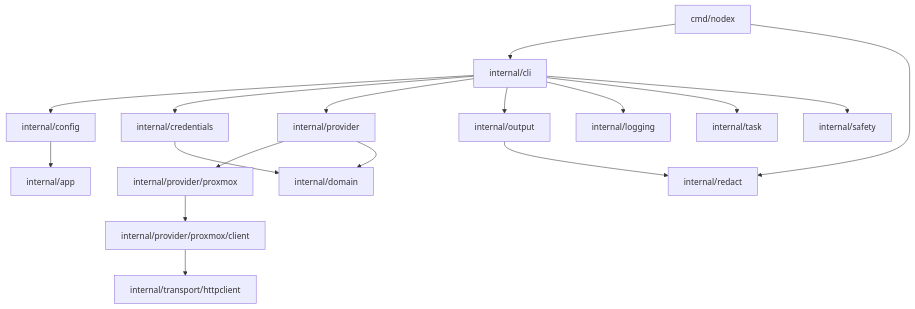
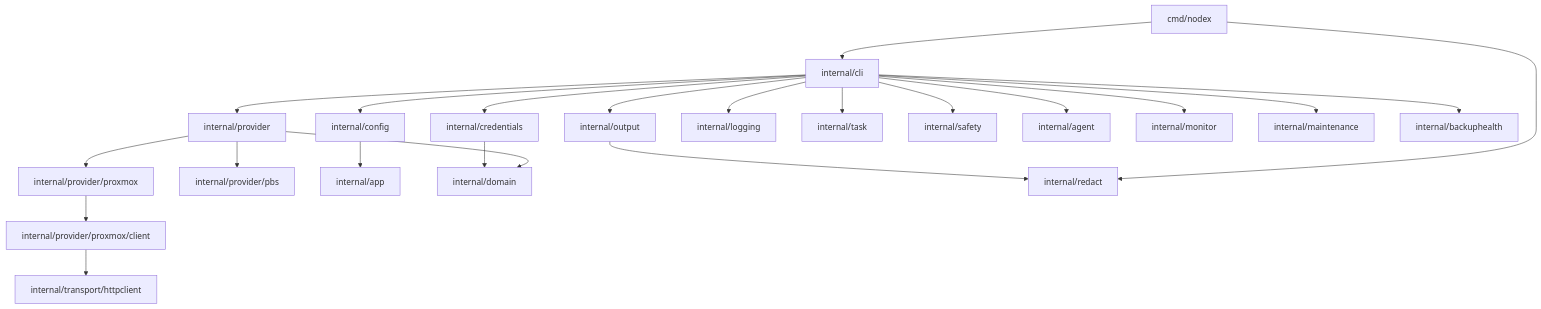
Before and after one commit to geoffmcc/nodex: the diagram in docs/architecture.md, drawn with Mermaid. The commit also changed other lines of this file and 19 other files, not shown here.

````diff
--- a/docs/architecture.md
+++ b/docs/architecture.md
@@ -7,19 +7,24 @@
 ```mermaid
 flowchart TD
     main[cmd/nodex] --> cli[internal/cli]
     cli --> config[internal/config]
     cli --> credentials[internal/credentials]
     cli --> provider[internal/provider]
     cli --> output[internal/output]
     cli --> logging[internal/logging]
     cli --> task[internal/task]
     cli --> safety[internal/safety]
+    cli --> agent[internal/agent]
+    cli --> monitor[internal/monitor]
+    cli --> maintenance[internal/maintenance]
+    cli --> backuphealth[internal/backuphealth]
     provider --> proxmox[internal/provider/proxmox]
+    provider --> pbs[internal/provider/pbs]
     proxmox --> proxclient[internal/provider/proxmox/client]
     proxclient --> httpclient[internal/transport/httpclient]
     config --> app[internal/app]
     credentials --> domain[internal/domain]
     provider --> domain
     output --> redact[internal/redact]
     main --> redact
 ```
````
